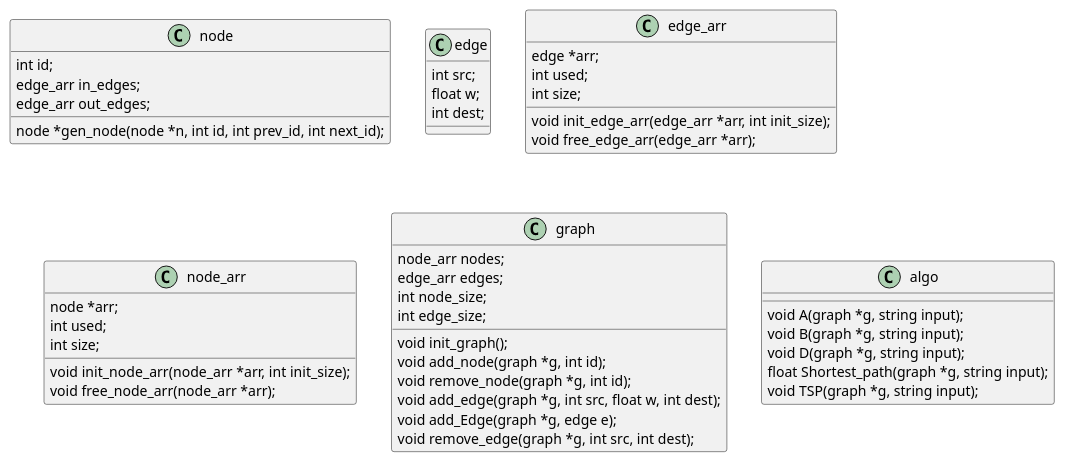
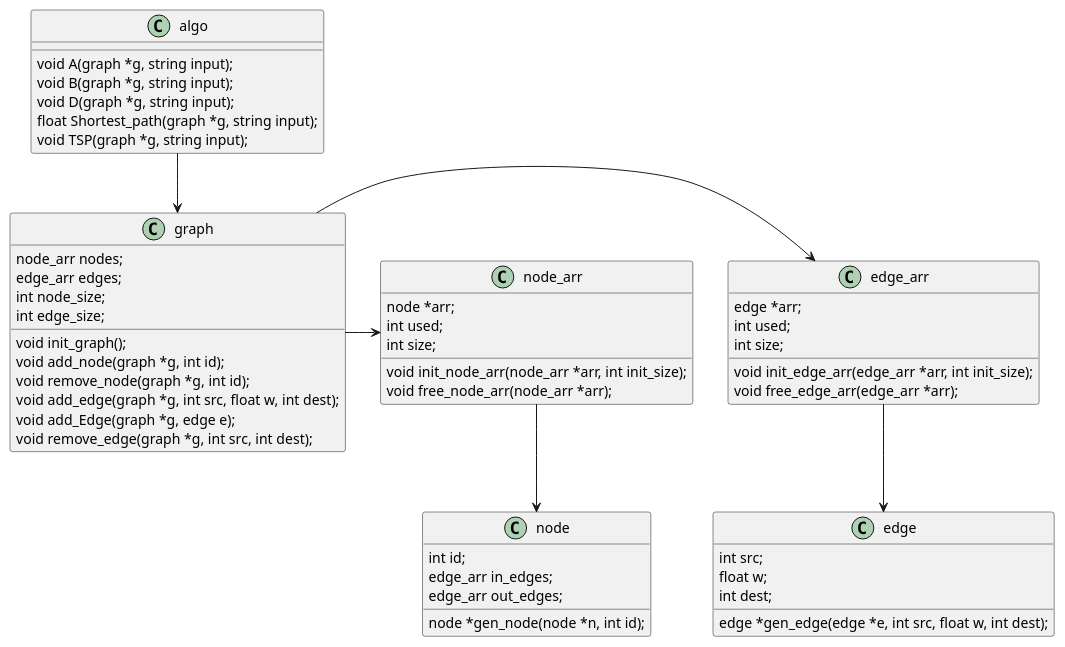
The diagram in Ex4_UML.puml (RF555/SofSys_Ex4), drawn with PlantUML before and after one commit.

Commit message:
Update UML

```diff
--- a/Ex4_UML.puml
+++ b/Ex4_UML.puml
@@ -1,57 +1,65 @@
 @startuml
+
+graph -> edge_arr
+graph -> node_arr
+node_arr --> node
+edge_arr --> edge
+algo --> graph
+
 
 class node{
 int id;
 edge_arr in_edges;
 edge_arr out_edges;
-node *gen_node(node *n, int id, int prev_id, int next_id);
+node *gen_node(node *n, int id);
 }
 
 class edge{
 int src;
 float w;
 int dest;
+edge *gen_edge(edge *e, int src, float w, int dest);
 }
 
 class edge_arr{
 edge *arr;
 int used;
 int size;
 void init_edge_arr(edge_arr *arr, int init_size);
 'void add_edge(edge_arr *arr, edge e);
 'void remove_edge(edge_arr *arr, edge e);
 void free_edge_arr(edge_arr *arr);
 }
 
 class node_arr{
 node *arr;
 int used;
 int size;
 void init_node_arr(node_arr *arr, int init_size);
 'void add_node(node_arr *arr, node n);
 'void remove_node(node_arr *arr, node n);
 void free_node_arr(node_arr *arr);
 }
 
 class graph{
 node_arr nodes;
 edge_arr edges;
 int node_size;
 int edge_size;
 void init_graph();
 void add_node(graph *g, int id);
 void remove_node(graph *g, int id);
 void add_edge(graph *g, int src, float w, int dest);
 void add_Edge(graph *g, edge e);
 void remove_edge(graph *g, int src, int dest);
 }
 
 class algo{
 void A(graph *g, string input);
 void B(graph *g, string input);
 void D(graph *g, string input);
 float Shortest_path(graph *g, string input);
 void TSP(graph *g, string input);
 }
 
 @enduml
```
